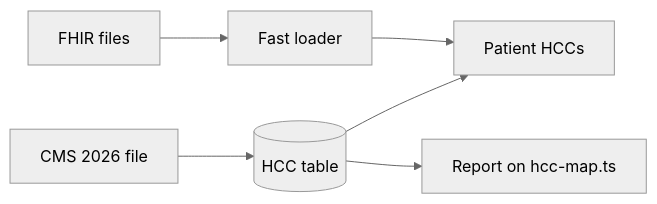
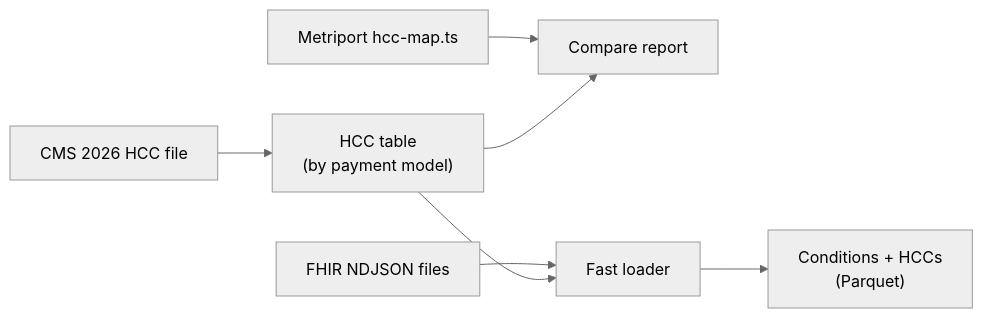
One commit to WannaBeSolopreneur/metriport-hcc-2026 changed the diagram in README.md. Above: the diagram before and after it, drawn with Mermaid (neutral theme). The commit also changed other lines of this file, not shown here.

Commit message:
README: About me first, then what I noticed, what I built, how it helps. Clear connected diagram.

````diff
--- a/README.md
+++ b/README.md
@@ -16,8 +33,9 @@
 ```mermaid
 flowchart LR
-    A[CMS 2026 file] --> B[(HCC table)]
-    C[FHIR files] --> D[Fast loader]
-    B --> E[Patient HCCs]
-    D --> E
-    B --> F[Report on hcc-map.ts]
+    CMS["CMS 2026 HCC file"] --> T["HCC table<br/>(by payment model)"]
+    MAP["Metriport hcc-map.ts"] --> R["Compare report"]
+    T --> R
+    F["FHIR NDJSON files"] --> L["Fast loader"]
+    T --> L
+    L --> P["Conditions + HCCs<br/>(Parquet)"]
 ```
````
